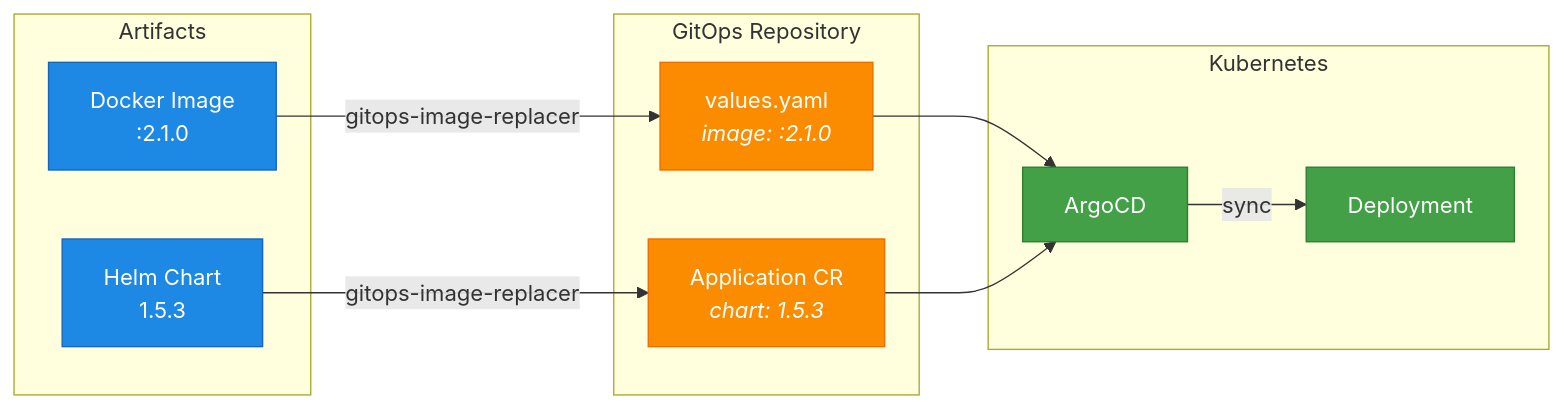
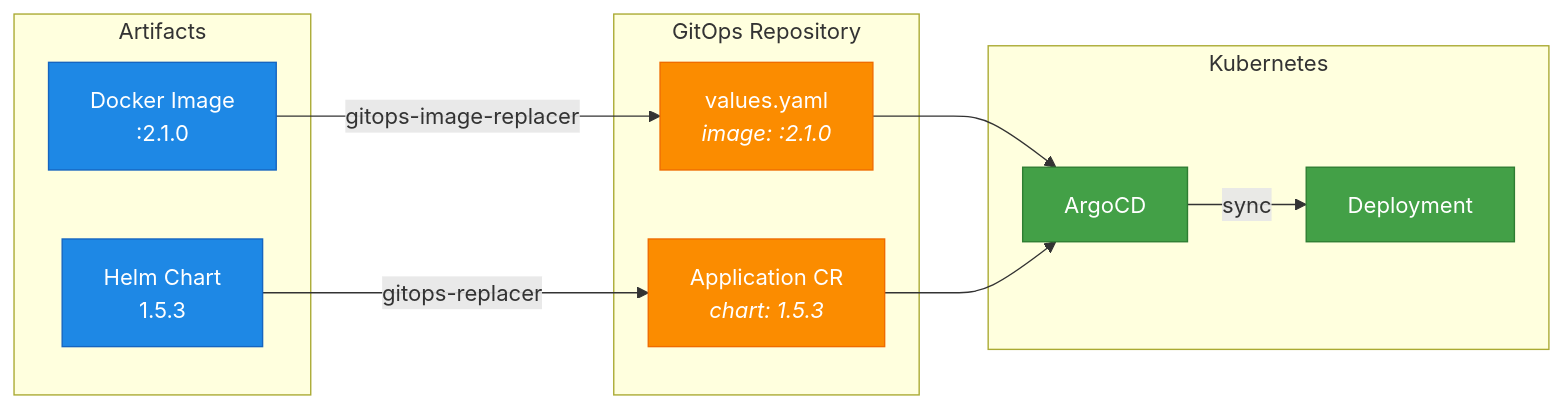
Before and after one commit to slauger/container-gitops-pipeline: the third of 3 diagrams in README.md, drawn with Mermaid. The commit also changed other lines of this file and 3 other files, not shown here.

Commit message:
docs: add gitops-replacer for Helm charts, gitops-image-replacer for Docker images

````diff
--- a/README.md
+++ b/README.md
@@ -74,31 +74,31 @@
 ```mermaid
 flowchart LR
     subgraph Artifacts
         image["Docker Image<br/>:2.1.0"]
         chart["Helm Chart<br/>1.5.3"]
     end
 
     subgraph GitOps["GitOps Repository"]
         values["values.yaml<br/><i>image: :2.1.0</i>"]
         appCR["Application CR<br/><i>chart: 1.5.3</i>"]
     end
 
     subgraph Cluster["Kubernetes"]
         argocd["ArgoCD"]
         app["Deployment"]
     end
 
     image -->|"gitops-image-replacer"| values
-    chart -->|"gitops-image-replacer"| appCR
+    chart -->|"gitops-replacer"| appCR
     values --> argocd
     appCR --> argocd
     argocd -->|"sync"| app
 
     classDef artifactStyle fill:#1e88e5,stroke:#1565c0,color:#fff
     classDef gitopsStyle fill:#fb8c00,stroke:#ef6c00,color:#fff
     classDef clusterStyle fill:#43a047,stroke:#2e7d32,color:#fff
 
     class image,chart artifactStyle
     class values,appCR gitopsStyle
     class argocd,app clusterStyle
 ```
````
